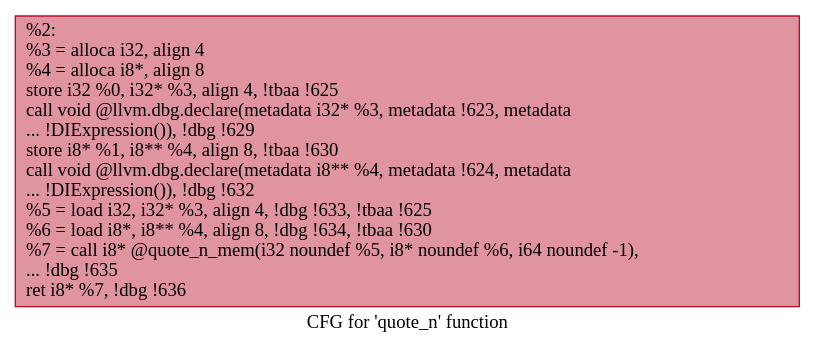
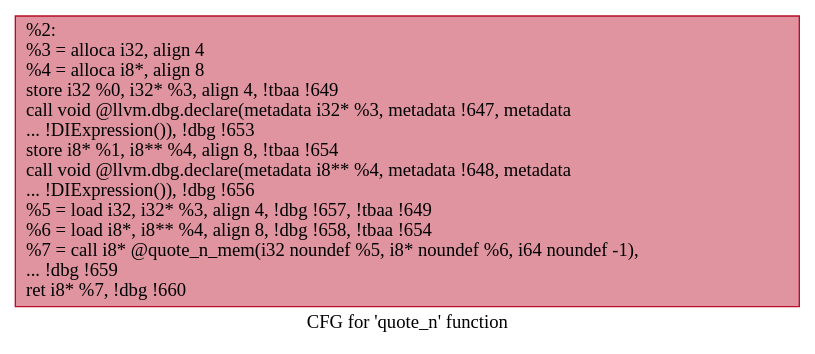
Before and after one commit to hmc-alpaqa/metrinome: the diagram in src/experiments/coreutils/.quote_n.dot, drawn with Graphviz. The commit also changed 118 other files, not shown here.

```diff
--- a/src/experiments/coreutils/.quote_n.dot
+++ b/src/experiments/coreutils/.quote_n.dot
@@ -1,5 +1,5 @@
 digraph "CFG for 'quote_n' function" {
 	label="CFG for 'quote_n' function";
 
-	Node0x1d3abe0 [shape=record,color="#b70d28ff", style=filled, fillcolor="#b70d2870",label="{%2:\l  %3 = alloca i32, align 4\l  %4 = alloca i8*, align 8\l  store i32 %0, i32* %3, align 4, !tbaa !625\l  call void @llvm.dbg.declare(metadata i32* %3, metadata !623, metadata\l... !DIExpression()), !dbg !629\l  store i8* %1, i8** %4, align 8, !tbaa !630\l  call void @llvm.dbg.declare(metadata i8** %4, metadata !624, metadata\l... !DIExpression()), !dbg !632\l  %5 = load i32, i32* %3, align 4, !dbg !633, !tbaa !625\l  %6 = load i8*, i8** %4, align 8, !dbg !634, !tbaa !630\l  %7 = call i8* @quote_n_mem(i32 noundef %5, i8* noundef %6, i64 noundef -1),\l... !dbg !635\l  ret i8* %7, !dbg !636\l}"];
+	Node0x262d540 [shape=record,color="#b70d28ff", style=filled, fillcolor="#b70d2870",label="{%2:\l  %3 = alloca i32, align 4\l  %4 = alloca i8*, align 8\l  store i32 %0, i32* %3, align 4, !tbaa !649\l  call void @llvm.dbg.declare(metadata i32* %3, metadata !647, metadata\l... !DIExpression()), !dbg !653\l  store i8* %1, i8** %4, align 8, !tbaa !654\l  call void @llvm.dbg.declare(metadata i8** %4, metadata !648, metadata\l... !DIExpression()), !dbg !656\l  %5 = load i32, i32* %3, align 4, !dbg !657, !tbaa !649\l  %6 = load i8*, i8** %4, align 8, !dbg !658, !tbaa !654\l  %7 = call i8* @quote_n_mem(i32 noundef %5, i8* noundef %6, i64 noundef -1),\l... !dbg !659\l  ret i8* %7, !dbg !660\l}"];
 }
```
